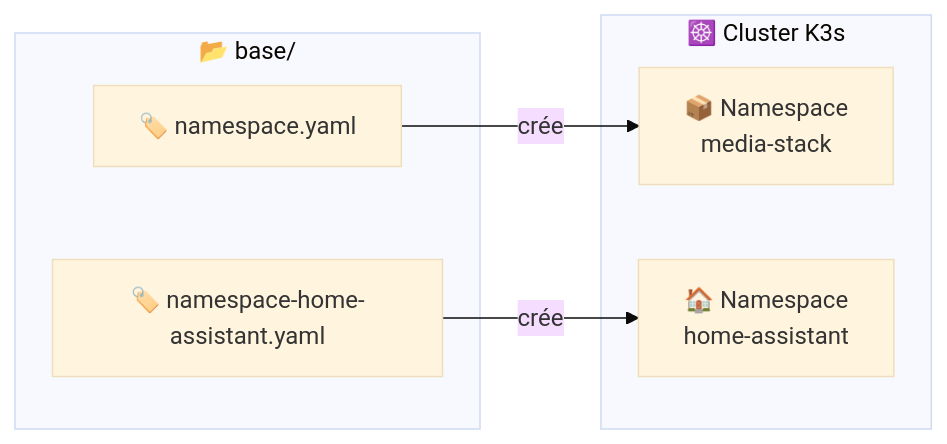
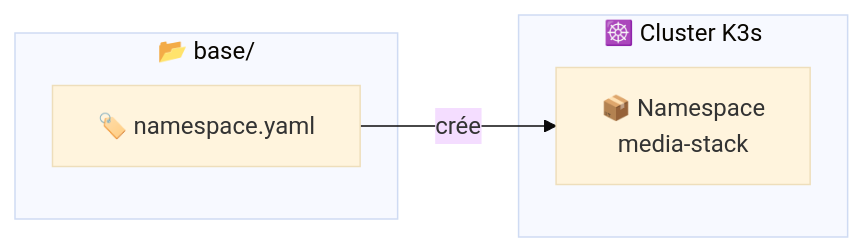
Before and after one commit to muchiny/media-stack-k8s: the first of 2 diagrams in base/README.md, drawn with Mermaid (base theme). The commit also changed other lines of this file and 24 other files, not shown here.

````diff
--- a/base/README.md
+++ b/base/README.md
@@ -7,15 +7,12 @@
 ```mermaid
 graph LR
     subgraph "📂 base/"
         NS[🏷️ namespace.yaml]
-        NSHA[🏷️ namespace-home-assistant.yaml]
     end
 
     subgraph "☸️ Cluster K3s"
         MediaStack[📦 Namespace<br/>media-stack]
-        HAStack[🏠 Namespace<br/>home-assistant]
     end
 
     NS -->|"crée"| MediaStack
-    NSHA -->|"crée"| HAStack
 ```
````
